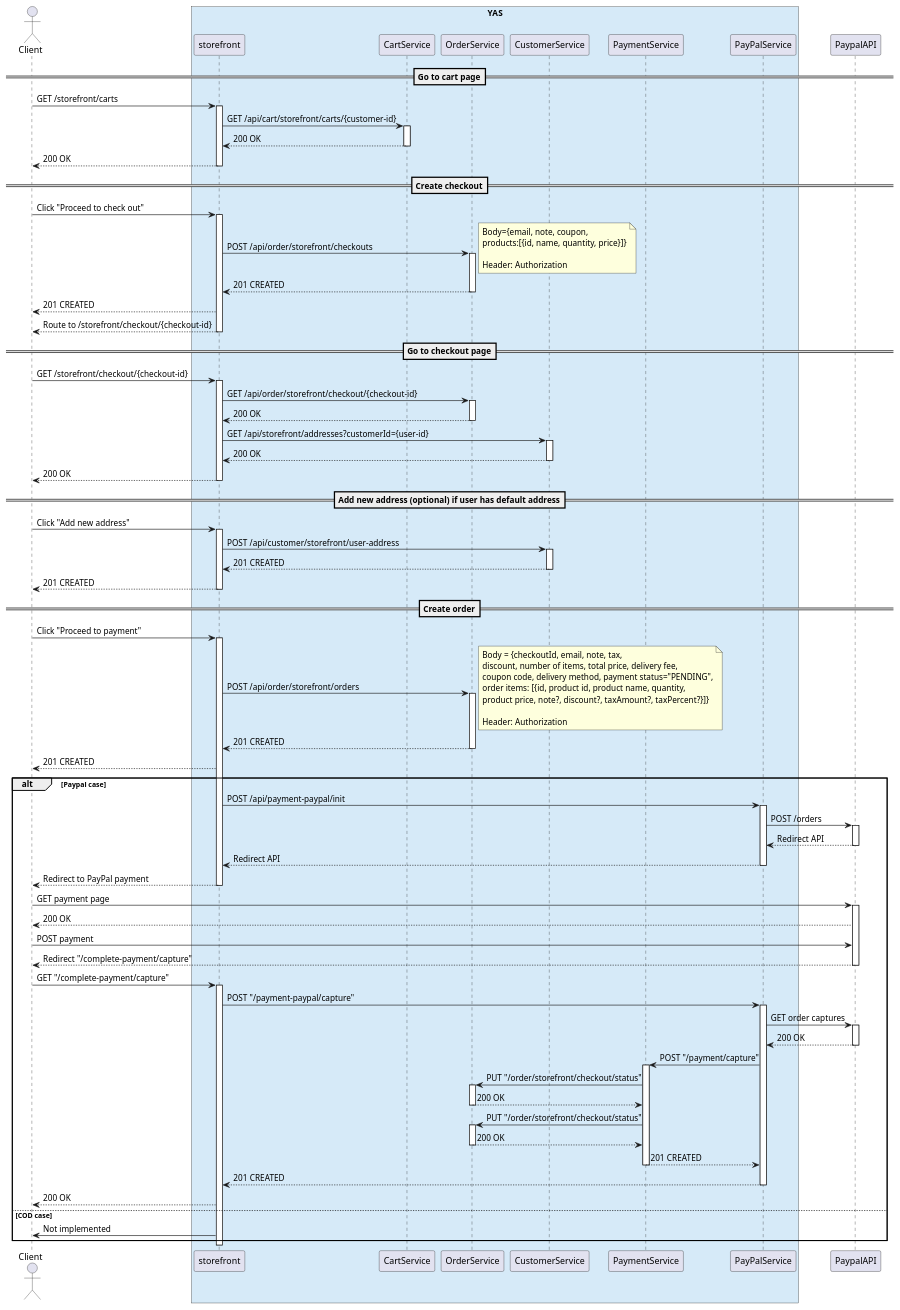
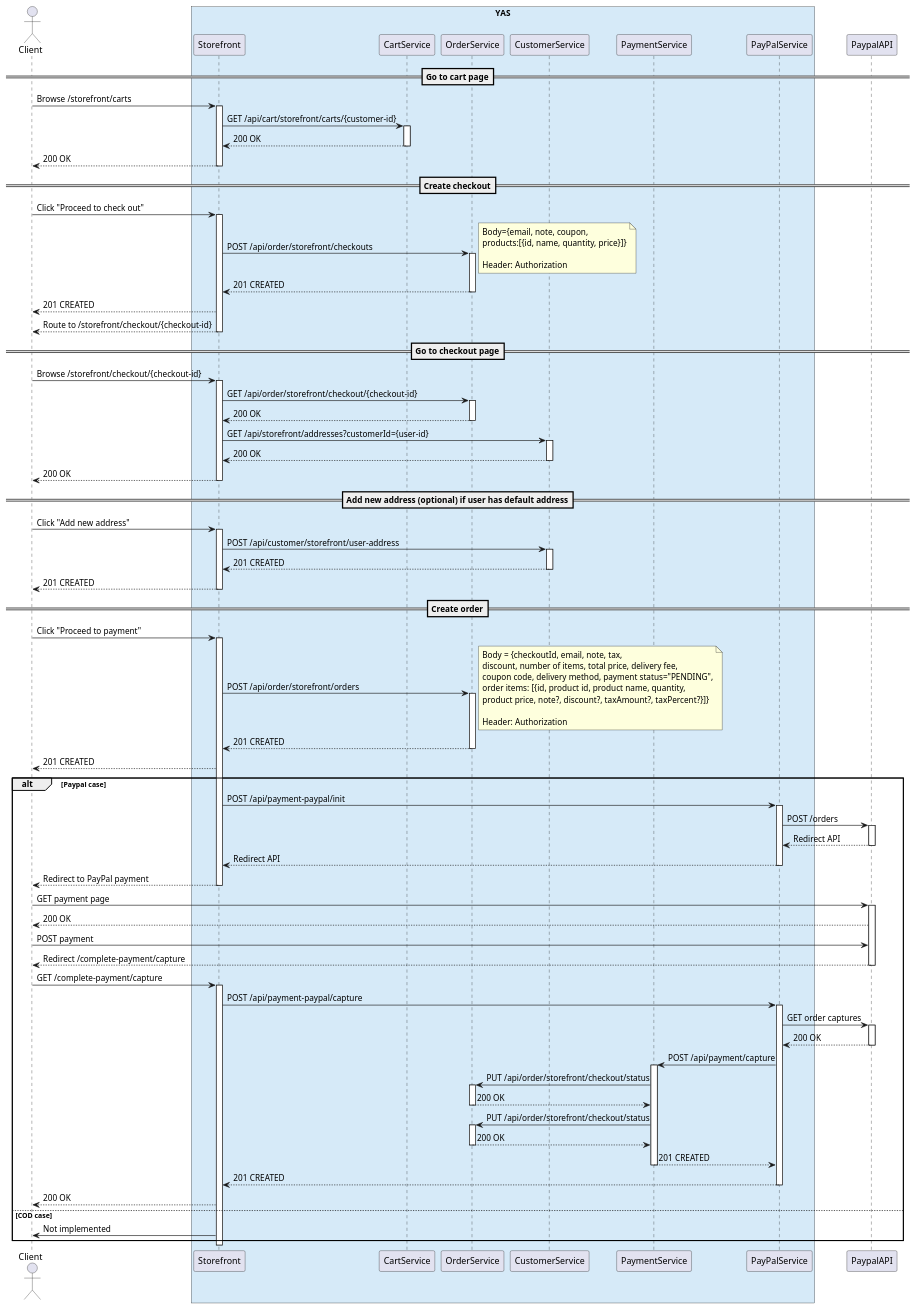
Before and after one commit to nashtech-garage/yas: the diagram in order/docs/uml/CurrentOrder.puml, drawn with PlantUML. The commit also changed 3 other files, not shown here.

Commit message:
Small change in sequence diagrams

```diff
--- a/order/docs/uml/CurrentOrder.puml
+++ b/order/docs/uml/CurrentOrder.puml
@@ -1,122 +1,122 @@
 @startuml Current Order flow
 actor Client
 box "YAS" #D6EAF8 
-participant storefront as NextJs
+participant Storefront as NextJs
 participant CartService as cart
 participant OrderService as order
 participant CustomerService as customer
 participant PaymentService as payment
 participant PayPalService as ppal
 end box
 participant PaypalAPI as ppAPI
 ==Go to cart page==
-Client -> NextJs: GET /storefront/carts
+Client -> NextJs: Browse /storefront/carts
 activate NextJs
 NextJs -> cart: GET /api/cart/storefront/carts/{customer-id}
 activate cart
 cart --> NextJs: 200 OK
 deactivate cart
 NextJs --> Client: 200 OK
 deactivate NextJs
 ==Create checkout==
 Client -> NextJs: Click "Proceed to check out"
 activate NextJs
 NextJs -> order: POST /api/order/storefront/checkouts
 note right
 Body={email, note, coupon,
 products:[{id, name, quantity, price}]}
 
 Header: Authorization
 end note
 activate order
 order --> NextJs: 201 CREATED
 deactivate order
 NextJs --> Client: 201 CREATED
 NextJs --> Client: Route to /storefront/checkout/{checkout-id}
 deactivate NextJs
 ==Go to checkout page==
-Client -> NextJs: GET /storefront/checkout/{checkout-id}
+Client -> NextJs: Browse /storefront/checkout/{checkout-id}
 activate NextJs
 NextJs -> order: GET /api/order/storefront/checkout/{checkout-id}
 activate order
 order --> NextJs: 200 OK
 deactivate order
 NextJs -> customer: GET /api/storefront/addresses?customerId={user-id}
 activate customer
 customer --> NextJs: 200 OK
 deactivate customer
 NextJs --> Client: 200 OK
 deactivate NextJs
 ==Add new address (optional) if user has default address==
 Client -> NextJs: Click "Add new address"
 activate NextJs
 NextJs -> customer: POST /api/customer/storefront/user-address
 activate customer
 customer --> NextJs: 201 CREATED
 deactivate customer
 NextJs --> Client: 201 CREATED
 deactivate NextJs
 ==Create order==
 Client -> NextJs: Click "Proceed to payment" 
 activate NextJs
 NextJs -> order: POST /api/order/storefront/orders
 note right
 Body = {checkoutId, email, note, tax, 
 discount, number of items, total price, delivery fee, 
 coupon code, delivery method, payment status="PENDING",
 order items: [{id, product id, product name, quantity,
 product price, note?, discount?, taxAmount?, taxPercent?}]}
 
 Header: Authorization
 end note
 activate order
 order --> NextJs: 201 CREATED
 deactivate order
 NextJs --> Client: 201 CREATED
 alt Paypal case
     NextJs -> ppal: POST /api/payment-paypal/init
     activate ppal
     ppal -> ppAPI: POST /orders
     activate ppAPI
     ppAPI --> ppal: Redirect API
     deactivate ppAPI
     ppal --> NextJs: Redirect API
     deactivate ppal
     NextJs --> Client: Redirect to PayPal payment
     deactivate NextJs
     Client -> ppAPI: GET payment page
     activate ppAPI
     ppAPI --> Client: 200 OK
     Client -> ppAPI: POST payment
-    ppAPI --> Client: Redirect "/complete-payment/capture"
+    ppAPI --> Client: Redirect /complete-payment/capture
     deactivate ppAPI
-    Client -> NextJs: GET "/complete-payment/capture"
+    Client -> NextJs: GET /complete-payment/capture
     activate NextJs
-    NextJs -> ppal: POST "/payment-paypal/capture"
+    NextJs -> ppal: POST /api/payment-paypal/capture
     activate ppal
     ppal -> ppAPI: GET order captures
     activate ppAPI
     ppAPI --> ppal: 200 OK
     deactivate ppAPI
-    ppal -> payment: POST "/payment/capture"
+    ppal -> payment: POST /api/payment/capture
     activate payment
-    payment -> order: PUT "/order/storefront/checkout/status"
+    payment -> order: PUT /api/order/storefront/checkout/status
     activate order
     order --> payment: 200 OK
     deactivate order
-    payment -> order: PUT "/order/storefront/checkout/status"
+    payment -> order: PUT /api/order/storefront/checkout/status
     activate order
     order --> payment: 200 OK
     deactivate order
     payment --> ppal: 201 CREATED
     deactivate payment
     ppal --> NextJs: 201 CREATED
     deactivate ppal
     NextJs --> Client: 200 OK
 else COD case
     NextJs -> Client: Not implemented
 end
     deactivate NextJs
     
 deactivate NextJs
 @enduml
```
